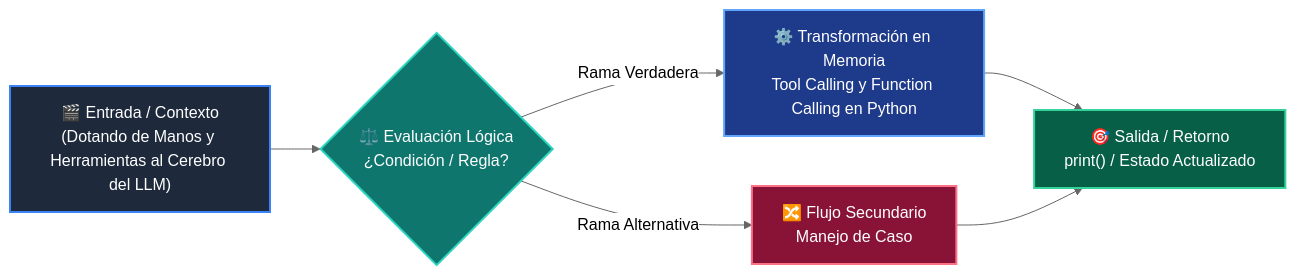
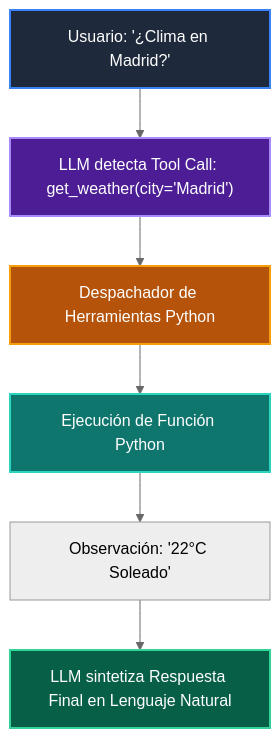
One commit to wisrovi/wisrovi-python changed the diagram in 03-agentes-ia/clase-04-tool-calling-funciones/README.md. Above: the diagram before and after it, drawn with Mermaid (neutral theme). The commit also changed other lines of this file and 271 other files, not shown here.

Commit message:
docs: rewrite all README.md files with bespoke topic-specific Mermaid diagrams and remove repetitive boilerplate

````diff
--- a/03-agentes-ia/clase-04-tool-calling-funciones/README.md
+++ b/03-agentes-ia/clase-04-tool-calling-funciones/README.md
@@ -35,14 +12,14 @@
 ```mermaid
-flowchart LR
-    A["🎬 Entrada / Contexto<br/>(Dotando de Manos y Herramientas al Cerebro del LLM)"] --> B{"⚖️ Evaluación Lógica<br/>¿Condición / Regla?"}
-    B -->|Rama Verdadera| C["⚙️ Transformación en Memoria<br/>Tool Calling y Function Calling en Python"]
-    B -->|Rama Alternativa| D["🔀 Flujo Secundario<br/>Manejo de Caso"]
-    C --> E["🎯 Salida / Retorno<br/>print() / Estado Actualizado"]
-    D --> E
+flowchart TD
+    Q["Usuario: '¿Clima en Madrid?'"] --> LLM["LLM detecta Tool Call: get_weather(city='Madrid')"]
+    LLM --> DISP["Despachador de Herramientas Python"]
+    DISP --> API["Ejecución de Función Python"]
+    API --> OBS["Observación: '22°C Soleado'"]
+    OBS --> LLM_FINAL["LLM sintetiza Respuesta Final en Lenguaje Natural"]
 
-    style A fill:#1e293b,color:#ffffff,stroke:#3b82f6,stroke-width:2px
-    style B fill:#0f766e,color:#ffffff,stroke:#2dd4bf,stroke-width:2px
-    style C fill:#1e3a8a,color:#ffffff,stroke:#60a5fa,stroke-width:2px
-    style D fill:#881337,color:#ffffff,stroke:#fb7185,stroke-width:2px
-    style E fill:#065f46,color:#ffffff,stroke:#34d399,stroke-width:2px
+    style Q fill:#1e293b,color:#fff,stroke:#3b82f6,stroke-width:2px
+    style LLM fill:#4c1d95,color:#fff,stroke:#a78bfa,stroke-width:2px
+    style DISP fill:#b45309,color:#fff,stroke:#f59e0b,stroke-width:2px
+    style API fill:#0f766e,color:#fff,stroke:#2dd4bf,stroke-width:2px
+    style LLM_FINAL fill:#065f46,color:#fff,stroke:#34d399,stroke-width:2px
 ```
````
